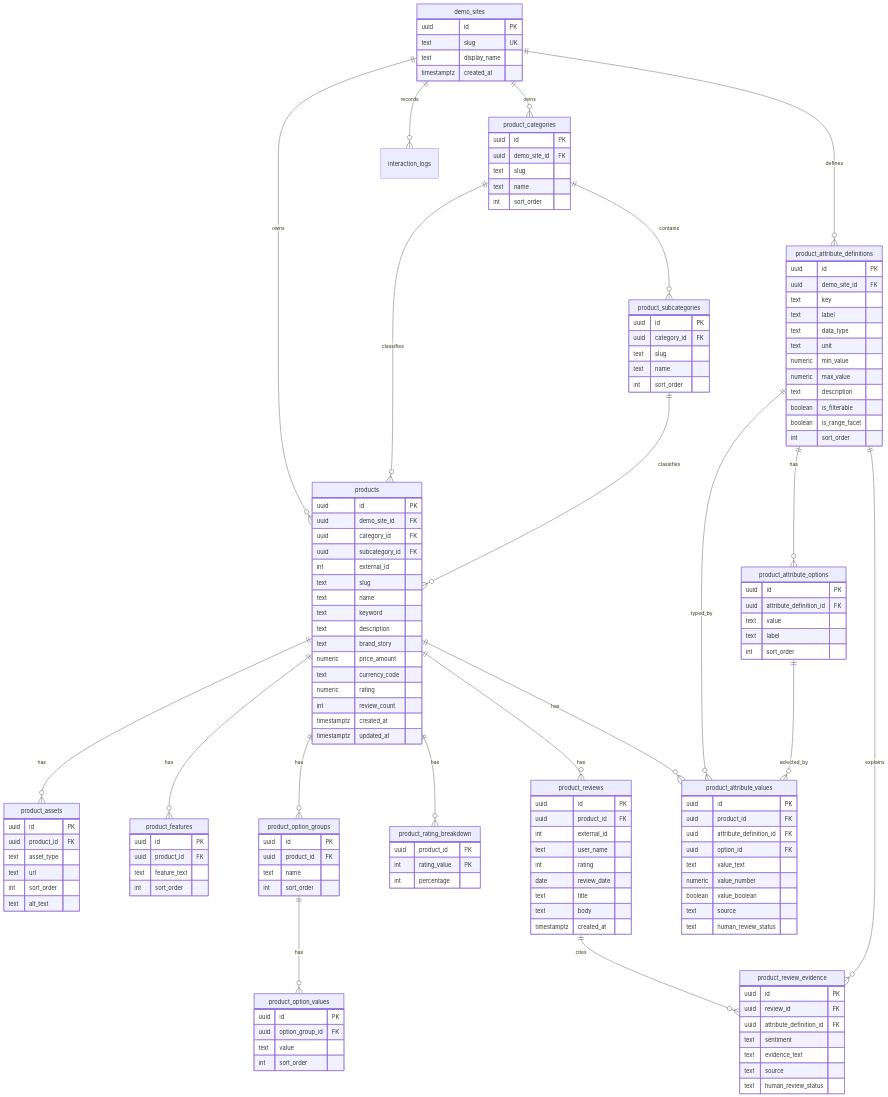
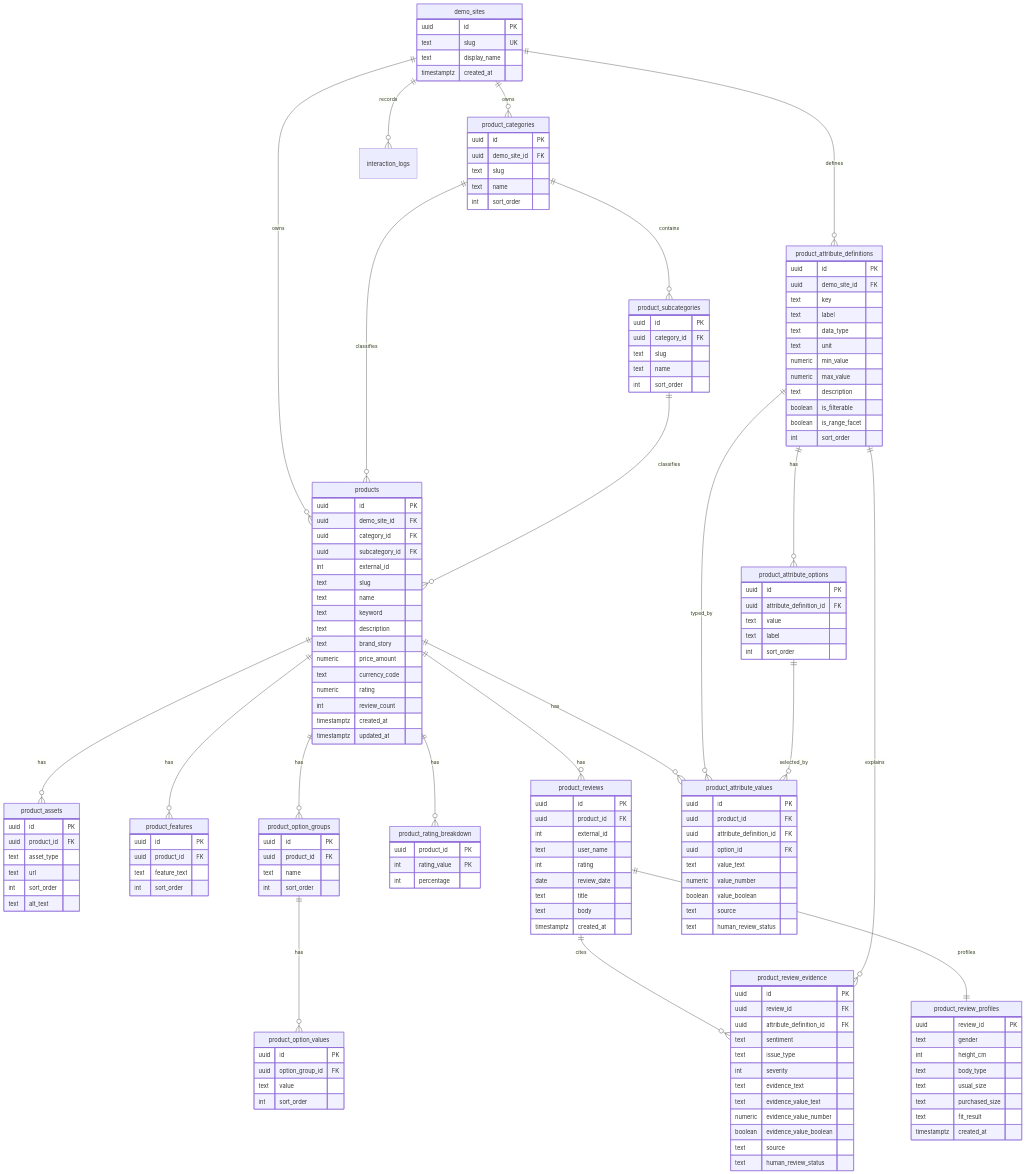
Before and after one commit to YJ-Jang01/HAI: the diagram in backend/api-docs/amazon-demo-api.md, drawn with Mermaid. The commit also changed other lines of this file and 17 other files, not shown here.

```diff
--- a/backend/api-docs/amazon-demo-api.md
+++ b/backend/api-docs/amazon-demo-api.md
@@ -49,6 +52,7 @@
   product_attribute_definitions ||--o{ product_attribute_values : typed_by
   product_attribute_options ||--o{ product_attribute_values : selected_by
   product_reviews ||--o{ product_review_evidence : cites
+  product_reviews ||--|| product_review_profiles : profiles
   product_attribute_definitions ||--o{ product_review_evidence : explains
 
   demo_sites {
@@ -141,6 +145,17 @@
     timestamptz created_at
   }
 
+  product_review_profiles {
+    uuid review_id PK
+    text gender
+    int height_cm
+    text body_type
+    text usual_size
+    text purchased_size
+    text fit_result
+    timestamptz created_at
+  }
+
   product_attribute_definitions {
     uuid id PK
     uuid demo_site_id FK
@@ -181,7 +196,12 @@
     uuid review_id FK
     uuid attribute_definition_id FK
     text sentiment
+    text issue_type
+    int severity
     text evidence_text
+    text evidence_value_text
+    numeric evidence_value_number
+    boolean evidence_value_boolean
     text source
     text human_review_status
   }
```
